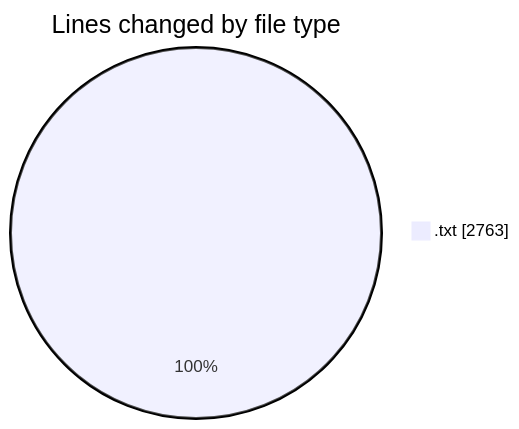
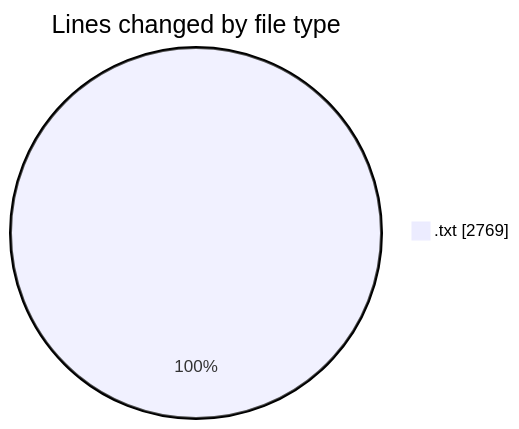
The first of 2 diagrams in 2025-02-16/iptv_moreel_me/README.md (momahboobian/code-tracking), drawn with Mermaid before and after one commit. The commit also changed other lines of this file and 1 other file, not shown here.

````diff
--- a/2025-02-16/iptv_moreel_me/README.md
+++ b/2025-02-16/iptv_moreel_me/README.md
@@ -20,5 +20,5 @@
 ```mermaid
 pie showData
 title Lines changed by file type
-".txt" : 2763
+".txt" : 2769
 ```
````
